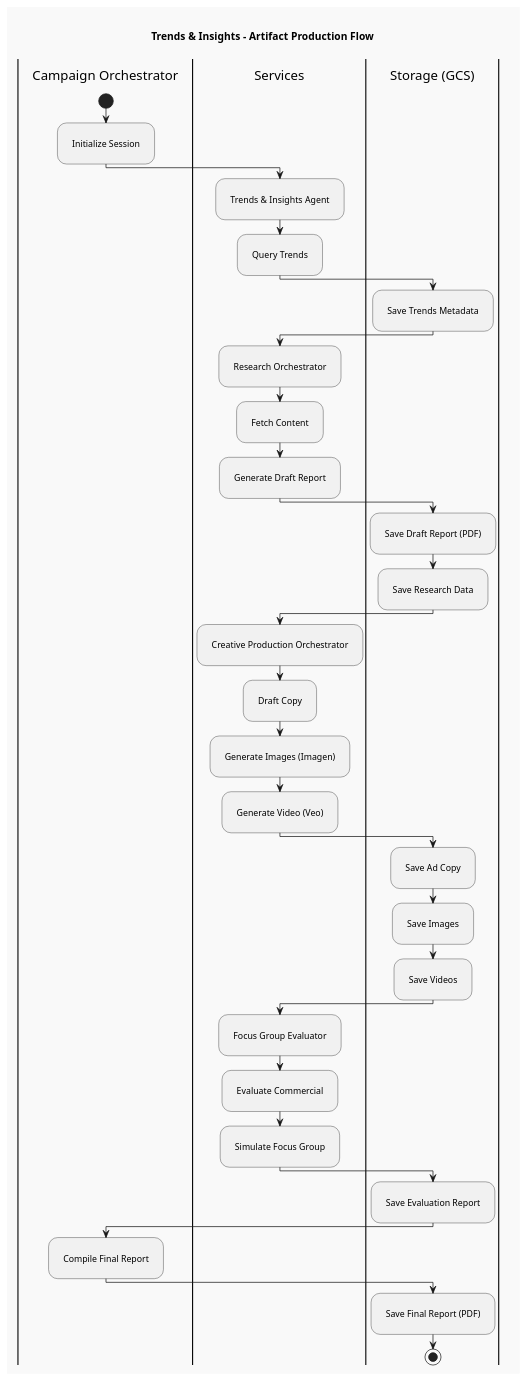
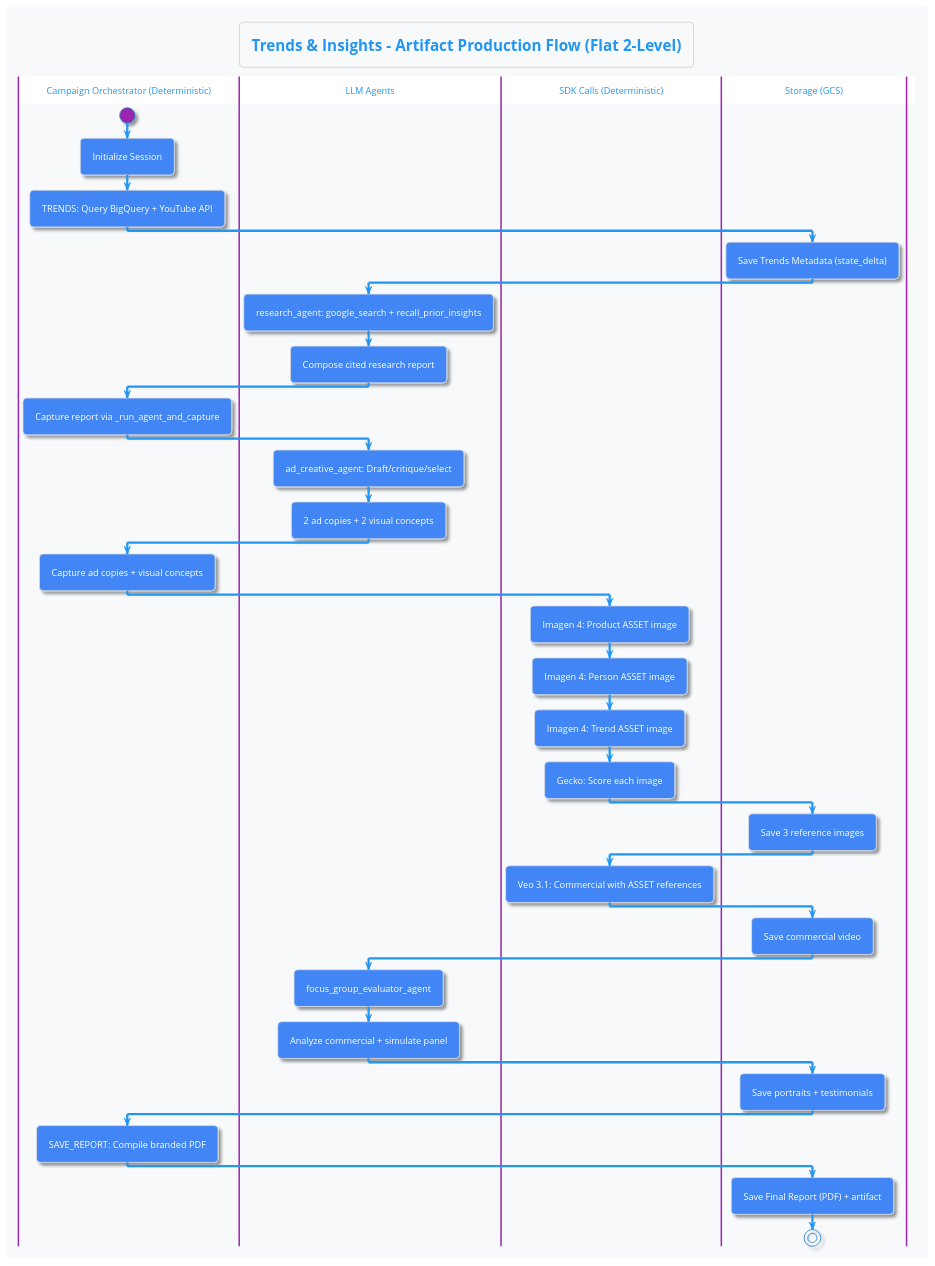
One commit to tottenjordan/zghost changed the diagram in docs/artifact_production_flow.puml. Above: the diagram before and after it, drawn with PlantUML. The commit also changed 7 other files, not shown here.

First line of the commit message:
fix: remove dead multi-clip code + ASSET-only Veo refs + stronger trend creative

```diff
--- a/docs/artifact_production_flow.puml
+++ b/docs/artifact_production_flow.puml
@@ -1,54 +1,153 @@
 @startuml
-skinparam Handwritten false
-skinparam Monochrome false
-skinparam BackgroundColor #f9f9f9
+
+' GCP_BRANDING_APPLIED
+!theme materia
+skinparam backgroundColor #F8F9FA
+skinparam roundCorner 10
+skinparam defaultFontName "Open Sans"
+skinparam DefaultFontSize 12
 skinparam Padding 10
 
-title Trends & Insights - Artifact Production Flow
+skinparam database {
+    BackgroundColor #FBBC05
+    BorderColor #E0E0E0
+    FontColor #000
+    Shadowing false
+}
+skinparam component {
+    BackgroundColor #4285F4
+    BorderColor #E0E0E0
+    FontColor #FFF
+    Shadowing false
+}
+skinparam rectangle {
+    BackgroundColor #EA4335
+    BorderColor #E0E0E0
+    FontColor #FFF
+    Shadowing false
+}
+skinparam note {
+    BackgroundColor #FFFFFF
+    BorderColor #E0E0E0
+    FontColor #000000
+    Shadowing false
+    BorderThickness 1
+}
+skinparam collections {
+    BackgroundColor #34A853
+    BorderColor #E0E0E0
+    FontColor #FFF
+    Shadowing false
+}
+skinparam state {
+    BackgroundColor #4285F4
+    BorderColor #E0E0E0
+    FontColor #FFF
+    Shadowing false
+}
+skinparam activity {
+    BackgroundColor #4285F4
+    BorderColor #E0E0E0
+    FontColor #FFF
+    Shadowing false
+}
+skinparam actor {
+    BackgroundColor #FFFFFF
+    BorderColor #4285F4
+    FontColor #000
+    Shadowing false
+    BorderThickness 2
+}
+skinparam usecase {
+    BackgroundColor #FBBC05
+    BorderColor #E0E0E0
+    FontColor #000
+    Shadowing false
+}
+skinparam cloud {
+    BackgroundColor #FFFFFF
+    BorderColor #E0E0E0
+    FontColor #000
+    Shadowing false
+}
+skinparam frame {
+    BackgroundColor #FFFFFF
+    BorderColor #E0E0E0
+    FontColor #000
+    Shadowing false
+}
+skinparam package {
+    BackgroundColor #F8F9FA
+    BorderColor #CCCCCC
+    FontColor #000
+    Shadowing false
+    BorderThickness 1
+}
+skinparam node {
+    BackgroundColor #EA4335
+    BorderColor #E0E0E0
+    FontColor #FFF
+    Shadowing false
+}
+skinparam queue {
+    BackgroundColor #34A853
+    BorderColor #E0E0E0
+    FontColor #FFF
+    Shadowing false
+}
 
-| Campaign Orchestrator |
-| Services |
+
+
+title Trends & Insights - Artifact Production Flow (Flat 2-Level)
+
+| Campaign Orchestrator (Deterministic) |
+| LLM Agents |
+| SDK Calls (Deterministic) |
 | Storage (GCS) |
 
-| Campaign Orchestrator |
+| Campaign Orchestrator (Deterministic) |
 start
 :Initialize Session;
 
-| Services |
-:Trends & Insights Agent;
-:Query Trends;
+:TRENDS: Query BigQuery + YouTube API;
 | Storage (GCS) |
-:Save Trends Metadata;
+:Save Trends Metadata (state_delta);
 
-| Services |
-:Research Orchestrator;
-:Fetch Content;
-:Generate Draft Report;
+| LLM Agents |
+:research_agent: google_search + recall_prior_insights;
+:Compose cited research report;
+| Campaign Orchestrator (Deterministic) |
+:Capture report via _run_agent_and_capture;
+
+| LLM Agents |
+:ad_creative_agent: Draft/critique/select;
+:2 ad copies + 2 visual concepts;
+| Campaign Orchestrator (Deterministic) |
+:Capture ad copies + visual concepts;
+
+| SDK Calls (Deterministic) |
+:Imagen 4: Product ASSET image;
+:Imagen 4: Person ASSET image;
+:Imagen 4: Trend ASSET image;
+:Gecko: Score each image;
 | Storage (GCS) |
-:Save Draft Report (PDF);
-:Save Research Data;
+:Save 3 reference images;
 
-| Services |
-:Creative Production Orchestrator;
-:Draft Copy;
-:Generate Images (Imagen);
-:Generate Video (Veo);
+| SDK Calls (Deterministic) |
+:Veo 3.1: Commercial with ASSET references;
 | Storage (GCS) |
-:Save Ad Copy;
-:Save Images;
-:Save Videos;
+:Save commercial video;
 
-| Services |
-:Focus Group Evaluator;
-:Evaluate Commercial;
-:Simulate Focus Group;
+| LLM Agents |
+:focus_group_evaluator_agent;
+:Analyze commercial + simulate panel;
 | Storage (GCS) |
-:Save Evaluation Report;
+:Save portraits + testimonials;
 
-| Campaign Orchestrator |
-:Compile Final Report;
+| Campaign Orchestrator (Deterministic) |
+:SAVE_REPORT: Compile branded PDF;
 | Storage (GCS) |
-:Save Final Report (PDF);
+:Save Final Report (PDF) + artifact;
 
 stop
-@endum
+@enduml
```
